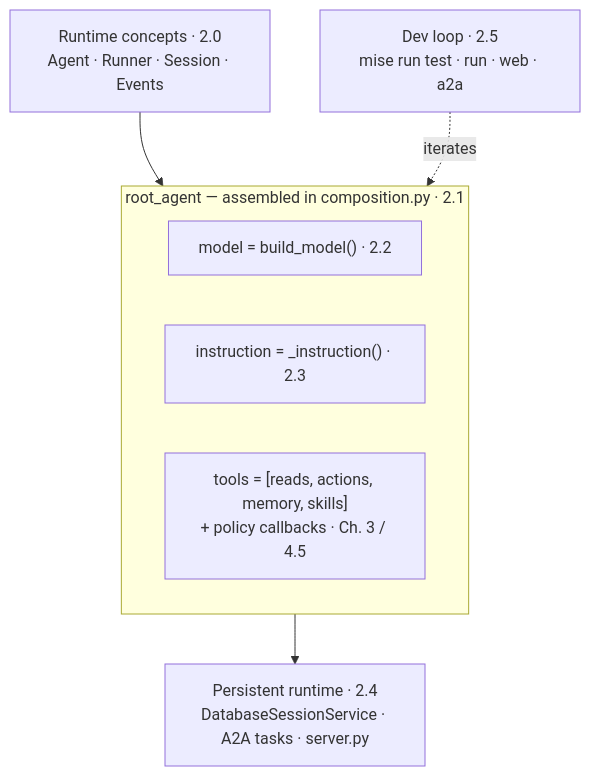
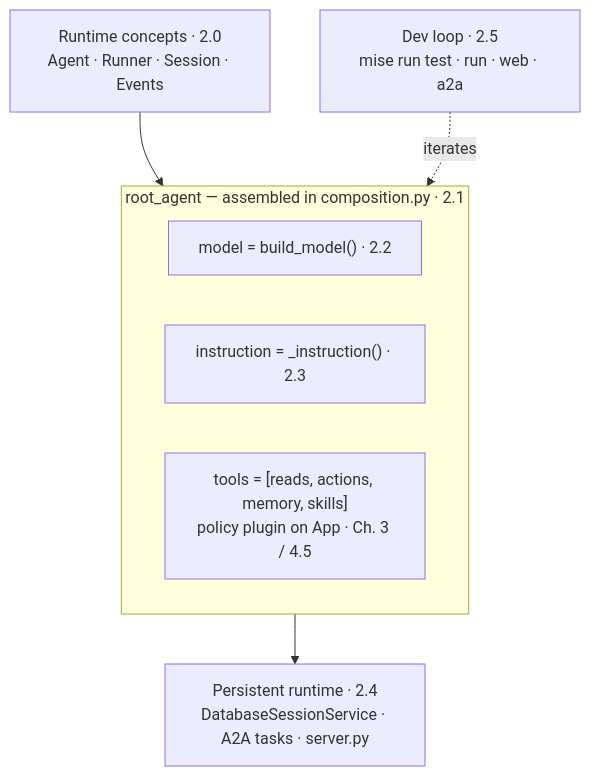
The diagram in docs/2. Agents/index.md (LuiGGi629/agentops-open-course), drawn with Mermaid before and after one commit. The commit also changed other lines of this file and 44 other files, not shown here.

````diff
--- a/docs/2. Agents/index.md
+++ b/docs/2. Agents/index.md
@@ -57,14 +57,14 @@
     ```mermaid
     flowchart TD
         concepts["Runtime concepts · 2.0<br/>Agent · Runner · Session · Events"]
         subgraph agent["root_agent — assembled in composition.py · 2.1"]
             model["model = build_model() · 2.2"]
             instr["instruction = _instruction() · 2.3"]
-            tools["tools = [reads, actions, memory, skills]<br/>+ policy callbacks · Ch. 3 / 4.5"]
+            tools["tools = [reads, actions, memory, skills]<br/>policy plugin on App · Ch. 3 / 4.5"]
         end
         runtime["Persistent runtime · 2.4<br/>DatabaseSessionService · A2A tasks · server.py"]
         loop["Dev loop · 2.5<br/>mise run test · run · web · a2a"]
         concepts --> agent
         agent --> runtime
         loop -. iterates .-> agent
     ```
````
